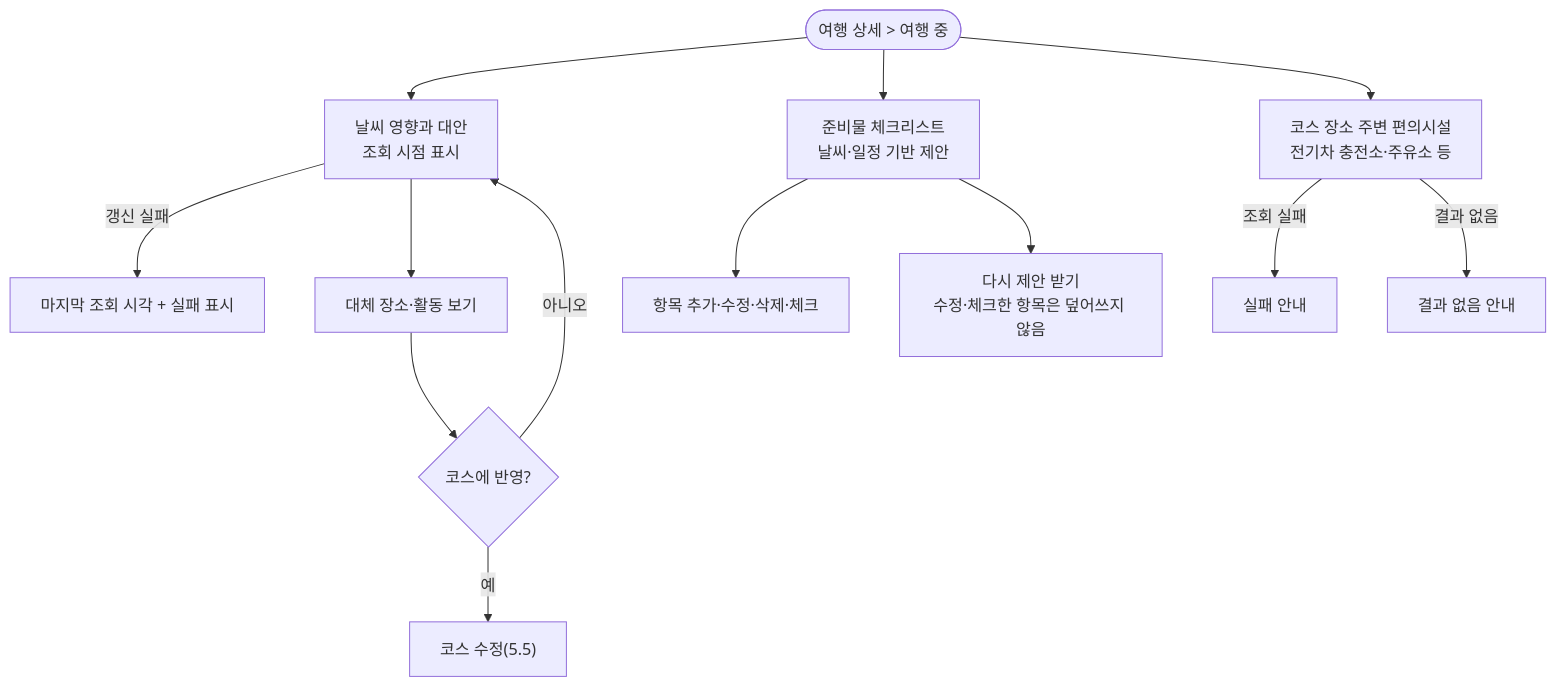
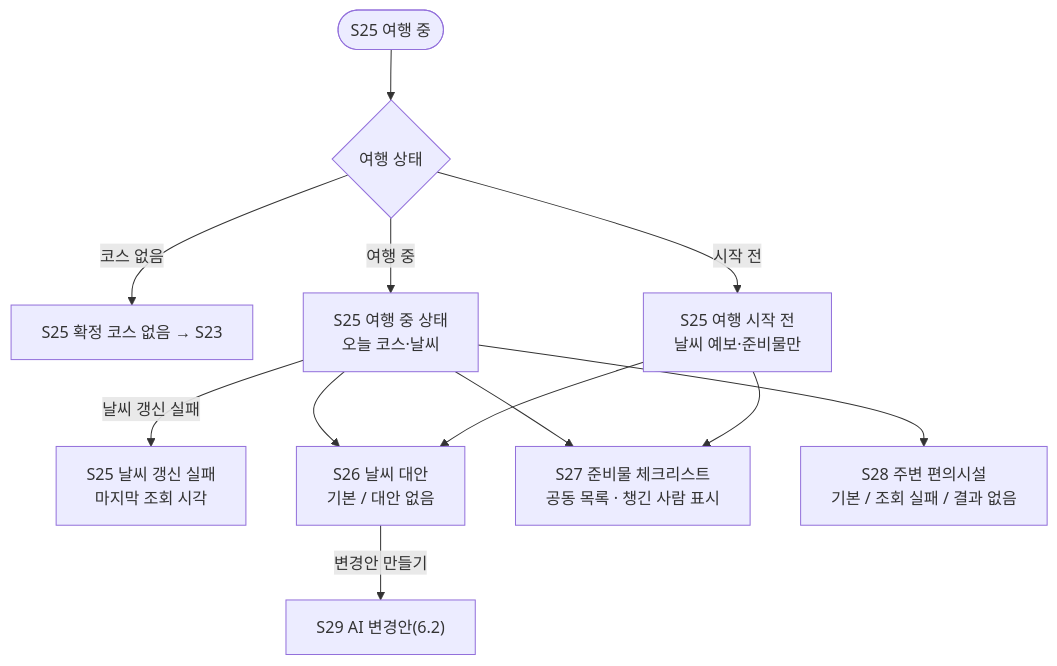
Diagram 15 of 24 in docs/flow/user-flow.md (a204-eodilog/eodilog), drawn with Mermaid before and after one commit. The commit also changed other lines of this file, not shown here.

````diff
--- a/docs/flow/user-flow.md
+++ b/docs/flow/user-flow.md
@@ -335,15 +366,14 @@
 ```mermaid
 flowchart TD
-    T(["여행 상세 > 여행 중"]) --> W["날씨 영향과 대안<br/>조회 시점 표시"]
-    W -- "갱신 실패" --> WS["마지막 조회 시각 + 실패 표시"]
-    W --> ALT["대체 장소·활동 보기"]
-    ALT --> APPLY{"코스에 반영?"}
-    APPLY -- "예" --> EDIT["코스 수정(5.5)"]
-    APPLY -- "아니오" --> W
-    T --> CK["준비물 체크리스트<br/>날씨·일정 기반 제안"]
-    CK --> CKE["항목 추가·수정·삭제·체크"]
-    CK --> RE["다시 제안 받기<br/>수정·체크한 항목은 덮어쓰지 않음"]
-    T --> FAC["코스 장소 주변 편의시설<br/>전기차 충전소·주유소 등"]
-    FAC -- "조회 실패" --> FF["실패 안내"]
-    FAC -- "결과 없음" --> FN["결과 없음 안내"]
+    S25(["S25 여행 중"]) --> TS{"여행 상태"}
+    TS -- "코스 없음" --> NOC["S25 확정 코스 없음 → S23"]
+    TS -- "시작 전" --> BEF["S25 여행 시작 전<br/>날씨 예보·준비물만"]
+    TS -- "여행 중" --> TODAY["S25 여행 중 상태<br/>오늘 코스·날씨"]
+    TODAY -- "날씨 갱신 실패" --> WS["S25 날씨 갱신 실패<br/>마지막 조회 시각"]
+    TODAY --> S26["S26 날씨 대안<br/>기본 / 대안 없음"]
+    BEF --> S26
+    S26 -- "변경안 만들기" --> S29["S29 AI 변경안(6.2)"]
+    TODAY --> S27["S27 준비물 체크리스트<br/>공동 목록 · 챙긴 사람 표시"]
+    BEF --> S27
+    TODAY --> S28["S28 주변 편의시설<br/>기본 / 조회 실패 / 결과 없음"]
 ```
````
